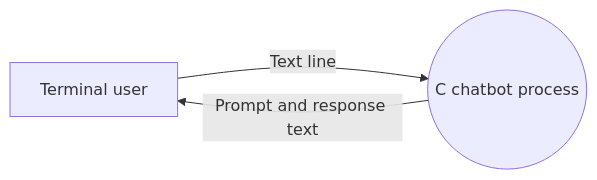
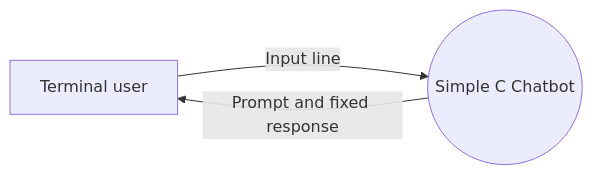
The first of 3 diagrams in docs/data-flow.md (Brajesh31/chatbot-C-), drawn with Mermaid before and after one commit. The commit also changed other lines of this file and 9 other files, not shown here.

Commit message:
docs: add detailed applicability guides and expanded diagrams

```diff
--- a/docs/data-flow.md
+++ b/docs/data-flow.md
@@ -4,5 +5,5 @@
 ~~~mermaid
 flowchart LR
- User[Terminal user] -->|Text line| Chatbot((C chatbot process))
- Chatbot -->|Prompt and response text| User
+ User[Terminal user] -->|Input line| App((Simple C Chatbot))
+ App -->|Prompt and fixed response| User
 ~~~
```
